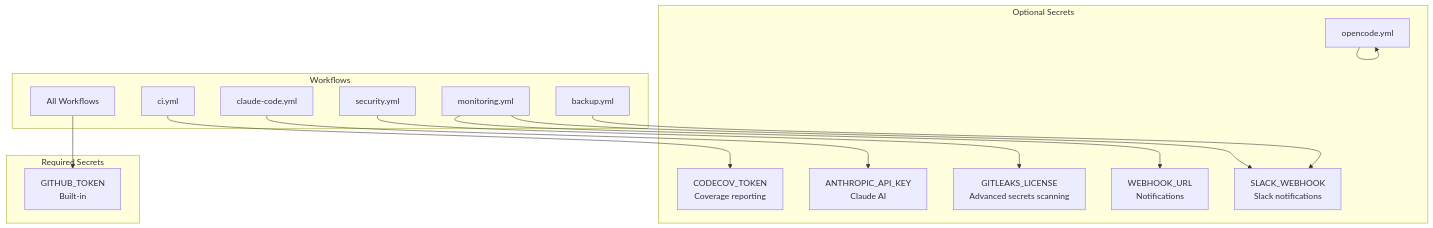
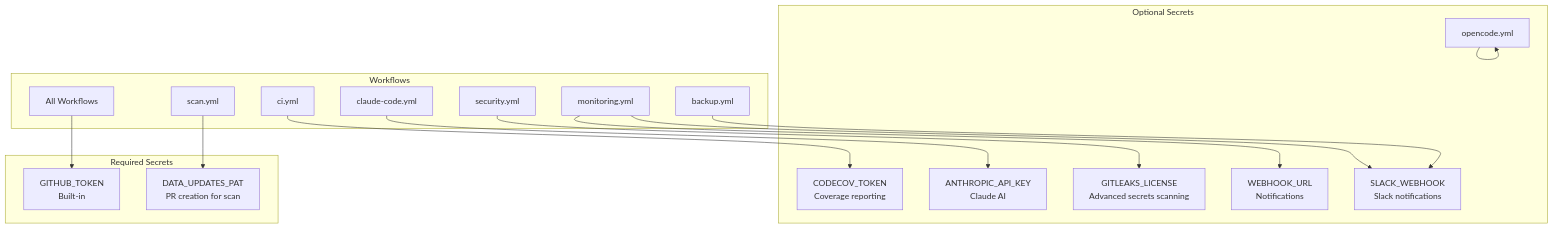
Diagram 17 of 18 in docs/ref/WORKFLOW_ARCHITECTURE.md (shrwnsan/claude-marketplace-registry), drawn with Mermaid before and after one commit. The commit also changed other lines of this file and 9 other files, not shown here.

````diff
--- a/docs/ref/WORKFLOW_ARCHITECTURE.md
+++ b/docs/ref/WORKFLOW_ARCHITECTURE.md
@@ -713,26 +739,28 @@
 ```mermaid
 graph TB
     subgraph "Required Secrets"
         GITHUB_TOKEN[GITHUB_TOKEN<br/>Built-in]
+        DATA_PAT[DATA_UPDATES_PAT<br/>PR creation for scan]
     end
 
     subgraph "Optional Secrets"
         CODECOV[CODECOV_TOKEN<br/>Coverage reporting]
         ANTHROPIC[ANTHROPIC_API_KEY<br/>Claude AI]
         OPENCODE[OPENCODE_ZAI_API_KEY<br/>OpenCode AI]
         GITLEAKS[GITLEAKS_LICENSE<br/>Advanced secrets scanning]
         WEBHOOK[WEBHOOK_URL<br/>Notifications]
         SLACK[SLACK_WEBHOOK<br/>Slack notifications]
     end
 
     subgraph "Workflows"
         ALL[All Workflows] --> GITHUB_TOKEN
+        SCAN_WF[scan.yml] --> DATA_PAT
         CI[ci.yml] --> CODECOV
         CLAUDE[claude-code.yml] --> ANTHROPIC
         OPENCODE[opencode.yml] --> OPENCODE
         SEC[security.yml] --> GITLEAKS
         MONITOR[monitoring.yml] --> WEBHOOK
         MONITOR --> SLACK
         BACKUP[backup.yml] --> SLACK
     end
 ```
````
